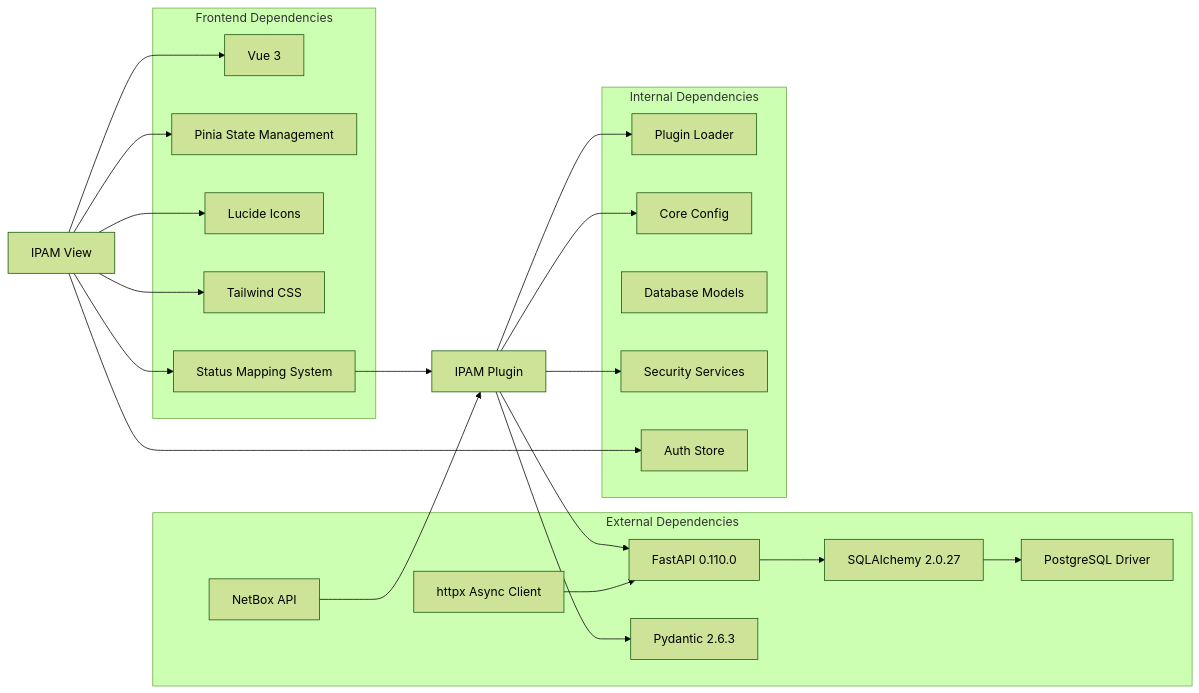
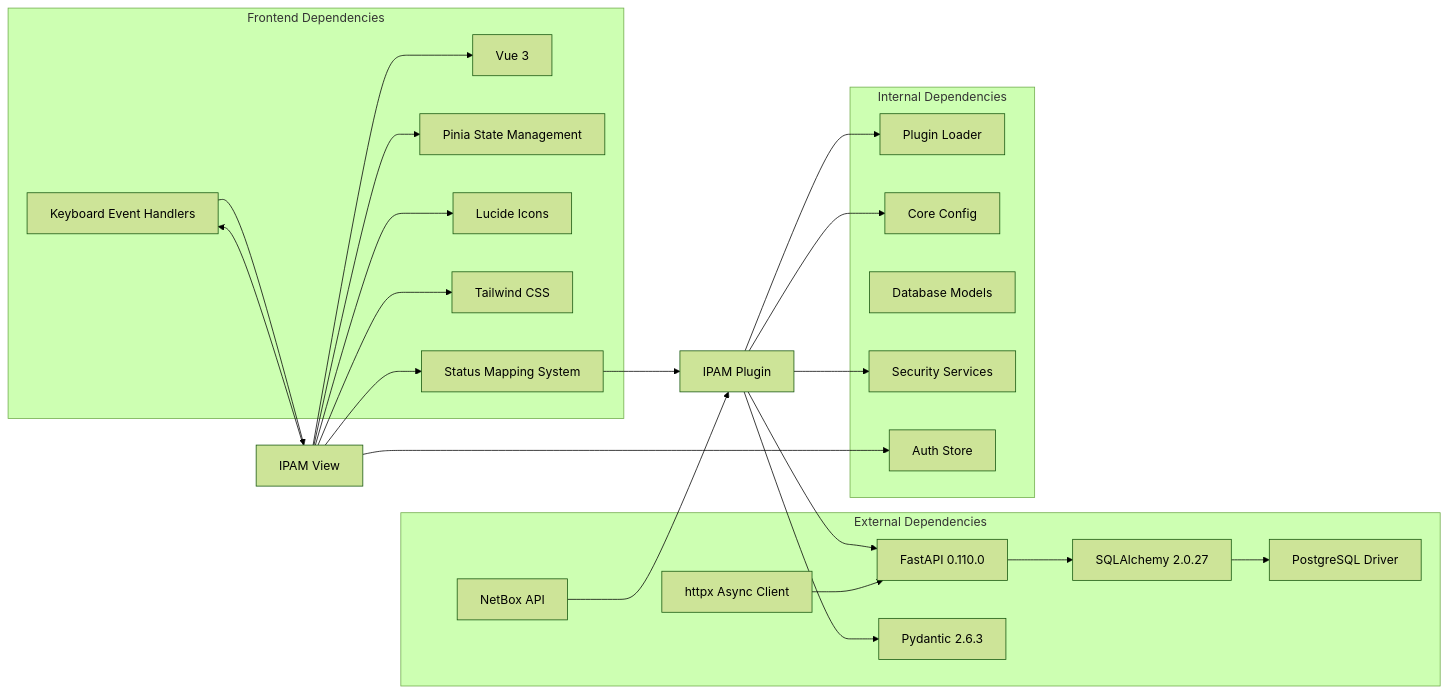
Before and after one commit to Nikita5543/New-SSO-02: the tenth of 10 diagrams in .qoder/repowiki/en/content/Built-in Plugins/IPAM Plugin.md, drawn with Mermaid (forest theme). The commit also changed other lines of this file and 3 other files, not shown here.

````diff
--- a/.qoder/repowiki/en/content/Built-in Plugins/IPAM Plugin.md
+++ b/.qoder/repowiki/en/content/Built-in Plugins/IPAM Plugin.md
@@ -409,41 +447,44 @@
 ```mermaid
 graph LR
 subgraph "External Dependencies"
 A[FastAPI 0.110.0]
 B[Pydantic 2.6.3]
 C[SQLAlchemy 2.0.27]
 D[PostgreSQL Driver]
 E[httpx Async Client]
 F[NetBox API]
 end
 subgraph "Internal Dependencies"
 G[Plugin Loader]
 H[Core Config]
 I[Database Models]
 J[Security Services]
 K[Auth Store]
 end
 subgraph "Frontend Dependencies"
 L[Vue 3]
 M[Pinia State Management]
 N[Lucide Icons]
 O[Tailwind CSS]
 P[Status Mapping System]
+Q[Keyboard Event Handlers]
 end
-Q[IPAM Plugin] --> A
-Q --> B
-Q --> G
-Q --> H
-Q --> J
-R[IPAM View] --> K
-R --> L
-R --> M
-R --> N
-R --> O
-R --> P
+R[IPAM Plugin] --> A
+R --> B
+R --> G
+R --> H
+R --> J
+S[IPAM View] --> K
+S --> L
+S --> M
+S --> N
+S --> O
+S --> P
+S --> Q
 A --> C
 C --> D
 E --> A
-F --> Q
-P --> Q
+F --> R
+P --> R
+Q --> S
 ```
````
